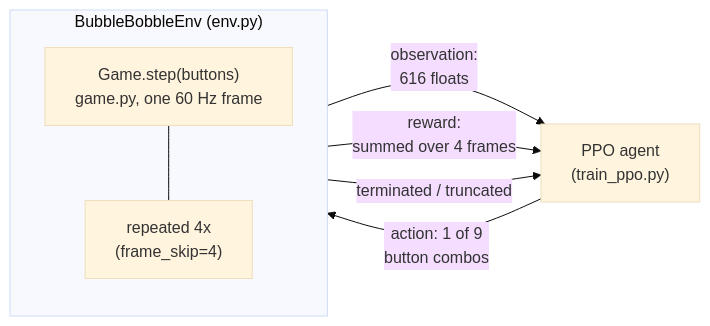
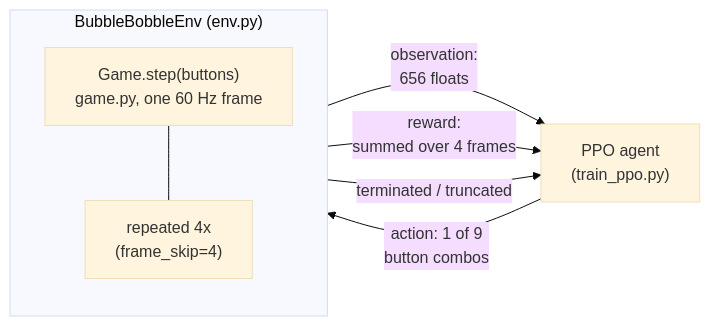
Before and after one commit to ScottRLamkin/BubbleBobbleRL: the first of 5 diagrams in docs/training-setup.md, drawn with Mermaid (base theme). The commit also changed other lines of this file and 3 other files, not shown here.

````diff
--- a/docs/training-setup.md
+++ b/docs/training-setup.md
@@ -11,14 +11,14 @@
 ```mermaid
 flowchart LR
     subgraph Env["BubbleBobbleEnv (env.py)"]
         direction TB
         Game["Game.step(buttons)<br/>game.py, one 60 Hz frame"]
         Skip["repeated 4x<br/>(frame_skip=4)"]
         Game --- Skip
     end
     Agent["PPO agent<br/>(train_ppo.py)"]
     Agent -- "action: 1 of 9<br/>button combos" --> Env
-    Env -- "observation:<br/>616 floats" --> Agent
+    Env -- "observation:<br/>656 floats" --> Agent
     Env -- "reward:<br/>summed over 4 frames" --> Agent
     Env -- "terminated / truncated" --> Agent
 ```
````
